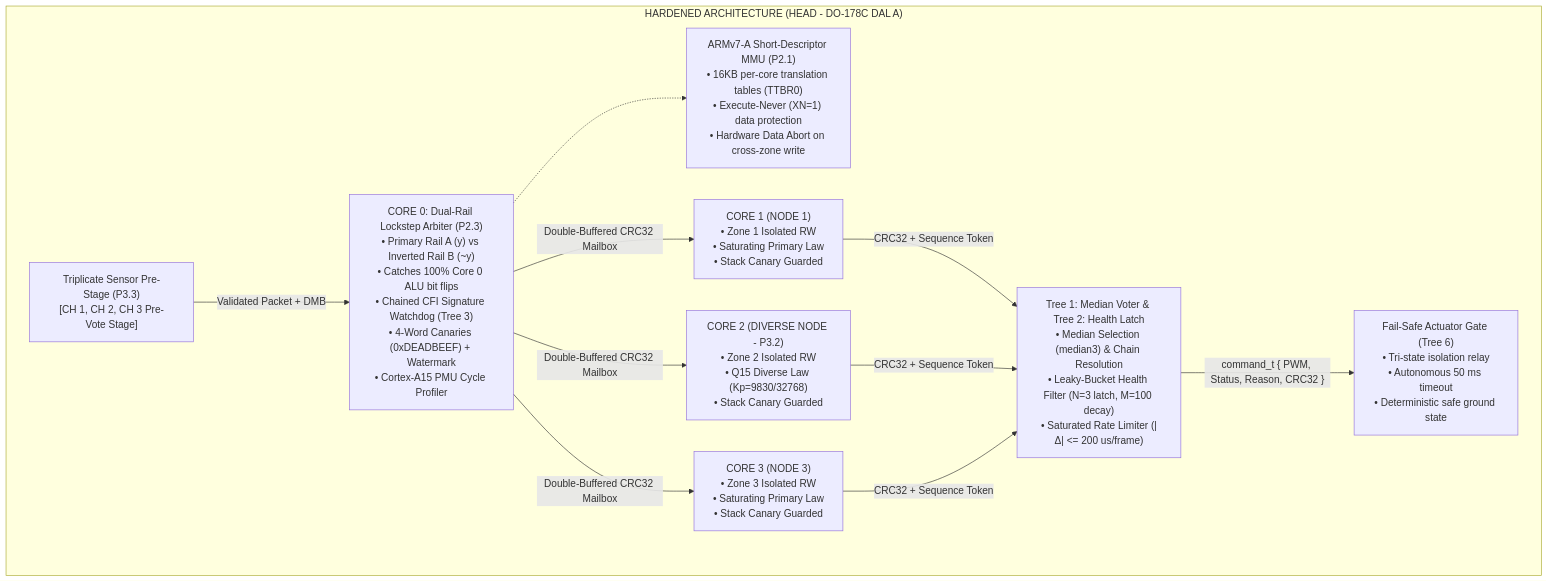
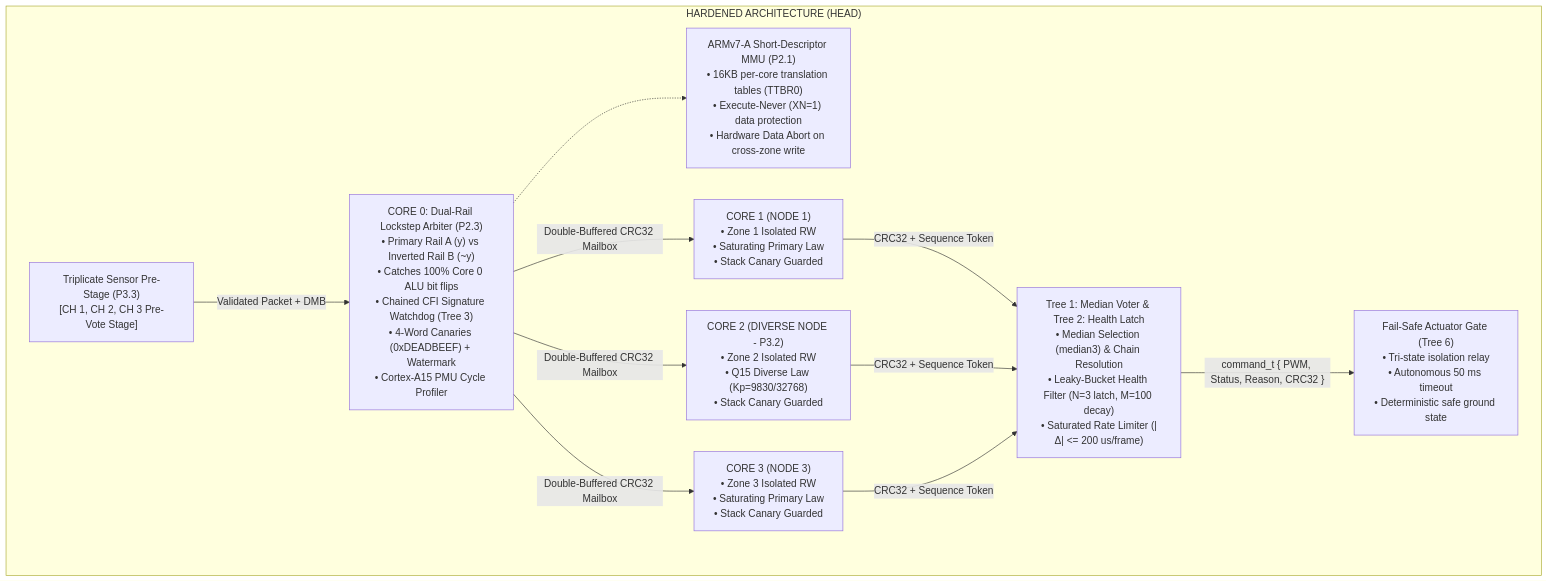
Before and after one commit to mouad11-11/Bare-Metal-AMP-TMR-Flight-Computer: the second of 2 diagrams in docs/SCHEMATICS_AND_BLOCK_DIAGRAMS.md, drawn with Mermaid. The commit also changed other lines of this file and 23 other files, not shown here.

Commit message:
docs: remove certification standard references and streamline architecture specifications

````diff
--- a/docs/SCHEMATICS_AND_BLOCK_DIAGRAMS.md
+++ b/docs/SCHEMATICS_AND_BLOCK_DIAGRAMS.md
@@ -29,21 +29,21 @@
 ```mermaid
 flowchart TD
-    subgraph HARDENED["HARDENED ARCHITECTURE (HEAD - DO-178C DAL A)"]
+    subgraph HARDENED["HARDENED ARCHITECTURE (HEAD)"]
         S_TRIP["Triplicate Sensor Pre-Stage (P3.3)<br/>[CH 1, CH 2, CH 3 Pre-Vote Stage]"]
         -->|"Validated Packet + DMB"| C0_H["CORE 0: Dual-Rail Lockstep Arbiter (P2.3)<br/>• Primary Rail A (y) vs Inverted Rail B (~y)<br/>• Catches 100% Core 0 ALU bit flips<br/>• Chained CFI Signature Watchdog (Tree 3)<br/>• 4-Word Canaries (0xDEADBEEF) + Watermark<br/>• Cortex-A15 PMU Cycle Profiler"]
         
         MMU["ARMv7-A Short-Descriptor MMU (P2.1)<br/>• 16KB per-core translation tables (TTBR0)<br/>• Execute-Never (XN=1) data protection<br/>• Hardware Data Abort on cross-zone write"]
         C0_H -.-> MMU
 
         C0_H -->|"Double-Buffered CRC32 Mailbox"| N1_H["CORE 1 (NODE 1)<br/>• Zone 1 Isolated RW<br/>• Saturating Primary Law<br/>• Stack Canary Guarded"]
         C0_H -->|"Double-Buffered CRC32 Mailbox"| N2_H["CORE 2 (DIVERSE NODE - P3.2)<br/>• Zone 2 Isolated RW<br/>• Q15 Diverse Law (Kp=9830/32768)<br/>• Stack Canary Guarded"]
         C0_H -->|"Double-Buffered CRC32 Mailbox"| N3_H["CORE 3 (NODE 3)<br/>• Zone 3 Isolated RW<br/>• Saturating Primary Law<br/>• Stack Canary Guarded"]
 
         N1_H -->|"CRC32 + Sequence Token"| V_H
         N2_H -->|"CRC32 + Sequence Token"| V_H
         N3_H -->|"CRC32 + Sequence Token"| V_H
 
         V_H["Tree 1: Median Voter & Tree 2: Health Latch<br/>• Median Selection (median3) & Chain Resolution<br/>• Leaky-Bucket Health Filter (N=3 latch, M=100 decay)<br/>• Saturated Rate Limiter (|Δ| <= 200 us/frame)"]
         -->|"command_t { PWM, Status, Reason, CRC32 }"| ACT_H["Fail-Safe Actuator Gate (Tree 6)<br/>• Tri-state isolation relay<br/>• Autonomous 50 ms timeout<br/>• Deterministic safe ground state"]
     end
 ```
````
